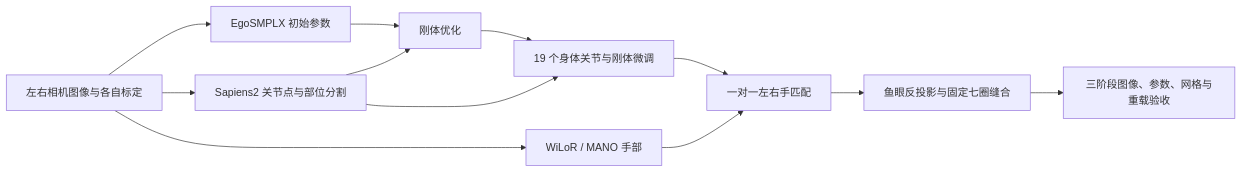
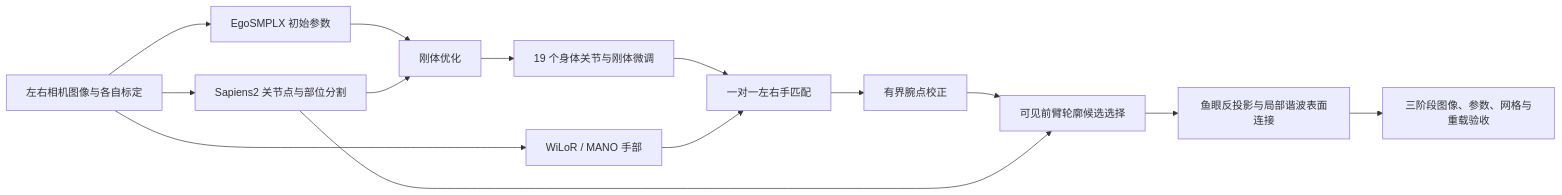
The diagram in README.md (cdh290718-oss/EgoSmplx), drawn with Mermaid before and after one commit. The commit also changed other lines of this file and 55 other files, not shown here.

````diff
--- a/README.md
+++ b/README.md
@@ -7,14 +9,16 @@
 ```mermaid
 flowchart LR
     A[左右相机图像与各自标定] --> B[EgoSMPLX 初始参数]
     A --> C[Sapiens2 关节点与部位分割]
     B --> D[刚体优化]
     C --> D
     D --> E[19 个身体关节与刚体微调]
-    C --> E
     A --> F[WiLoR / MANO 手部]
     E --> G[一对一左右手匹配]
     F --> G
-    G --> H[鱼眼反投影与固定七圈缝合]
-    H --> I[三阶段图像、参数、网格与重载验收]
+    G --> H[有界腕点校正]
+    H --> J[可见前臂轮廓候选选择]
+    C --> J
+    J --> K[鱼眼反投影与局部谐波表面连接]
+    K --> I[三阶段图像、参数、网格与重载验收]
 ```
````
